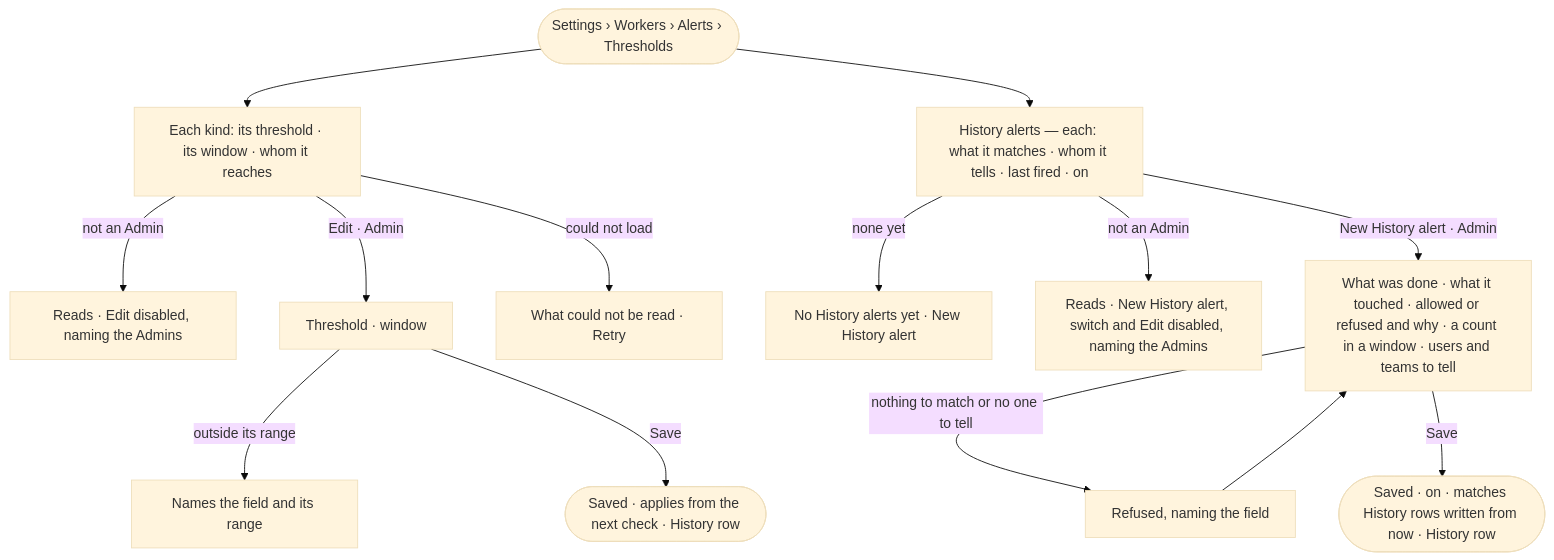
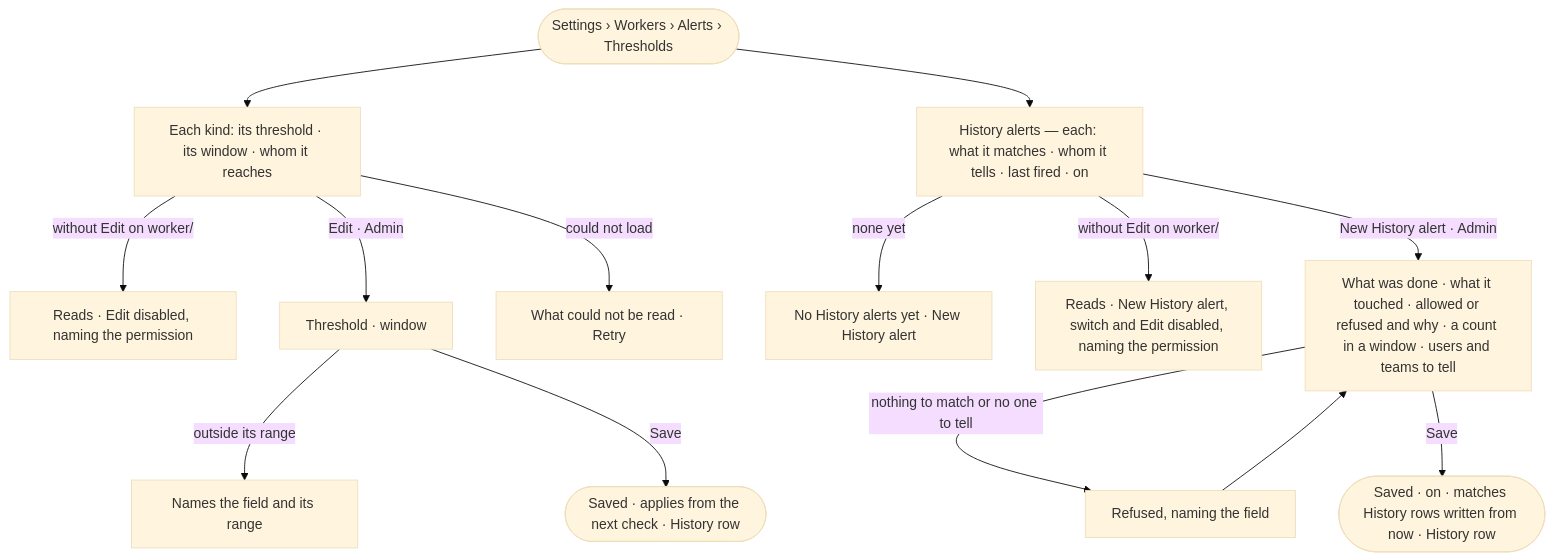
The diagram in specs/os/control/features/CP-F11-ops-alerting/stories/CP-60-tune-when-ops-alerts-fire/story.md (invana/invana), drawn with Mermaid (base theme) before and after one commit. The commit also changed other lines of this file and 228 other files, not shown here.

````diff
--- a/specs/os/control/features/CP-F11-ops-alerting/stories/CP-60-tune-when-ops-alerts-fire/story.md
+++ b/specs/os/control/features/CP-F11-ops-alerting/stories/CP-60-tune-when-ops-alerts-fire/story.md
@@ -27,15 +27,15 @@
 ```mermaid
 flowchart TD
   s([Settings › Workers › Alerts › Thresholds]) --> l["Each kind: its threshold · its window · whom it reaches"]
-  l -->|not an Admin| ro["Reads · Edit disabled, naming the Admins"]
+  l -->|without Edit on worker/<group>| ro["Reads · Edit disabled, naming the permission"]
   l -->|Edit · Admin| e["Threshold · window"]
   e -->|outside its range| r["Names the field and its range"]
   e -->|Save| ok(["Saved · applies from the next check · History row"])
   l -->|could not load| f["What could not be read · Retry"]
   s --> h["History alerts — each: what it matches · whom it tells · last fired · on"]
   h -->|none yet| he["No History alerts yet · New History alert"]
-  h -->|not an Admin| hro["Reads · New History alert, switch and Edit disabled, naming the Admins"]
+  h -->|without Edit on worker/<group>| hro["Reads · New History alert, switch and Edit disabled, naming the permission"]
   h -->|New History alert · Admin| hn["What was done · what it touched · allowed or refused and why · a count in a window · users and teams to tell"]
   hn -->|nothing to match or no one to tell| hx["Refused, naming the field"] --> hn
   hn -->|Save| hok(["Saved · on · matches History rows written from now · History row"])
 ```
````
